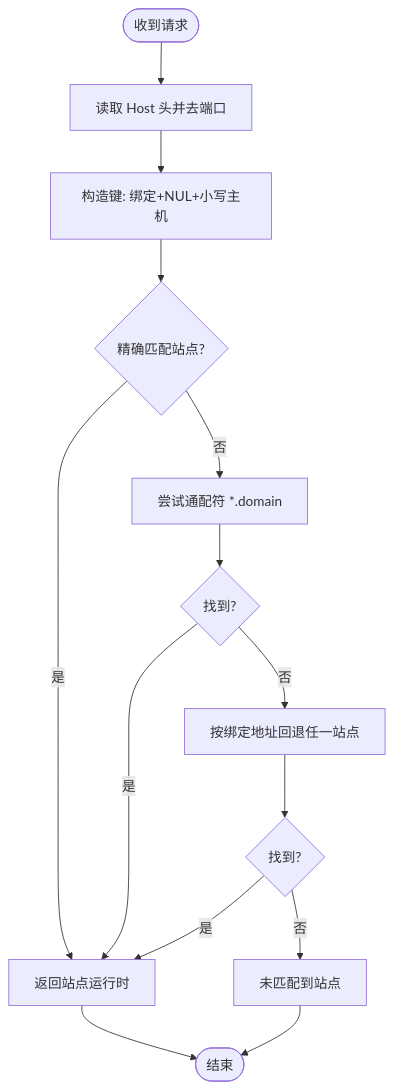
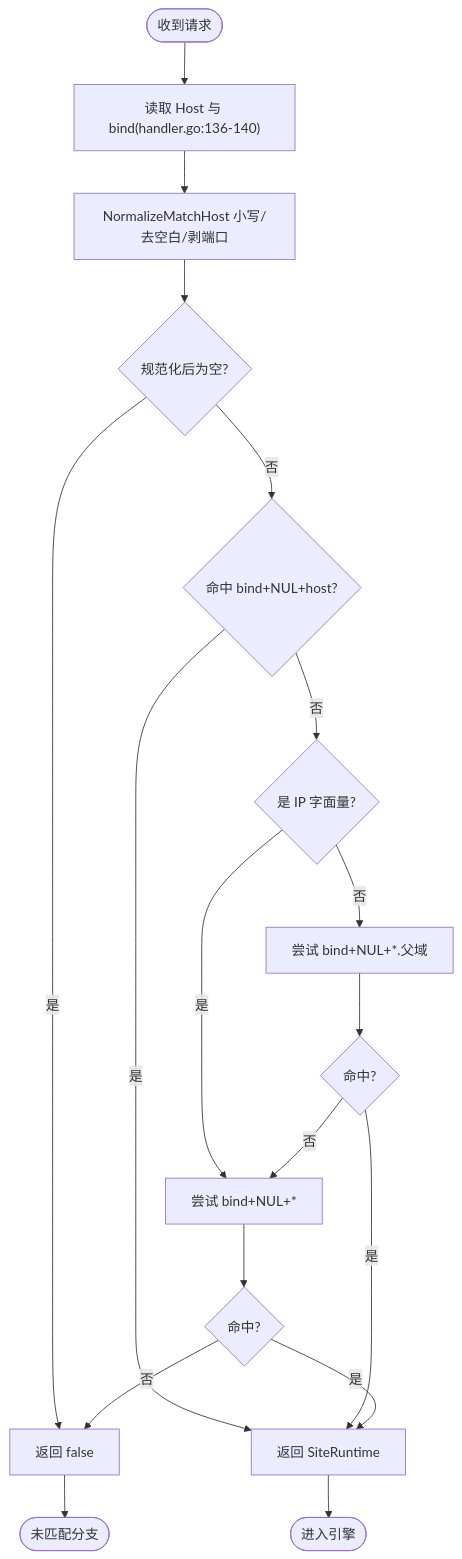
Before and after one commit to x01n/My-OpenWaf: the third of 8 diagrams in docs/WAF 引擎系统/引擎核心架构/请求处理流程.md, drawn with Mermaid. The commit also changed other lines of this file and 622 other files, not shown here.

````diff
--- a/docs/WAF 引擎系统/引擎核心架构/请求处理流程.md
+++ b/docs/WAF 引擎系统/引擎核心架构/请求处理流程.md
@@ -111,16 +179,20 @@
 ```mermaid
 flowchart TD
-Start(["收到请求"]) --> GetHost["读取 Host 头并去端口"]
-GetHost --> MakeKey["构造键: 绑定+NUL+小写主机"]
-MakeKey --> Exact{"精确匹配站点?"}
-Exact --> |是| ReturnSite["返回站点运行时"]
-Exact --> |否| Wildcard["尝试通配符 *.domain"]
-Wildcard --> WildFound{"找到?"}
+Start(["收到请求"]) --> GetHost["读取 Host 与 bind(handler.go:136-140)"]
+GetHost --> Norm["NormalizeMatchHost 小写/去空白/剥端口"]
+Norm --> CheckEmpty{"规范化后为空?"}
+CheckEmpty --> |是| NoMatch["返回 false"]
+CheckEmpty --> |否| Exact{"命中 bind+NUL+host?"}
+Exact --> |是| ReturnSite["返回 SiteRuntime"]
+Exact --> |否| IsIP{"是 IP 字面量?"}
+IsIP --> |是| CatchAll
+IsIP --> |否| Wildcard["尝试 bind+NUL+*.父域"]
+Wildcard --> WildFound{"命中?"}
 WildFound --> |是| ReturnSite
-WildFound --> |否| Fallback["按绑定地址回退任一站点"]
-Fallback --> FBFound{"找到?"}
+WildFound --> |否| CatchAll["尝试 bind+NUL+*"]
+CatchAll --> FBFound{"命中?"}
 FBFound --> |是| ReturnSite
-FBFound --> |否| NoMatch["未匹配到站点"]
-ReturnSite --> End(["结束"])
-NoMatch --> End
+FBFound --> |否| NoMatch
+ReturnSite --> End(["进入引擎"])
+NoMatch --> End2(["未匹配分支"])
 ```
````
